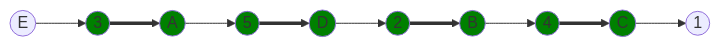
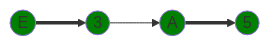
One commit to algos-ris-24-3/manual-tasks changed the seventh of 11 diagrams in Задание 8/Nyashki.md. Above: the diagram before and after it, drawn with Mermaid. The commit also changed other lines of this file, not shown here.

````diff
--- a/Задание 8/Nyashki.md
+++ b/Задание 8/Nyashki.md
@@ -292,25 +253,14 @@
 ```mermaid
 graph LR
     A((A))
-    B((B))
-    C((C))
-    D((D))
     E((E))
-    1((1))
-    2((2))
     3((3))
-    4((4))
     5((5))
     
-    E --> 3 ==> A --> 5 ==> D --> 2 ==> B --> 4 ==> C --> 1
+    E ==> 3 --> A ==> 5 
 
+    style A fill:#008000
+    style E fill:#008000
     style 3 fill:#008000
-    style A fill:#008000
     style 5 fill:#008000
-    style C fill:#008000
-    style 4 fill:#008000
-    style B fill:#008000
-    style 2 fill:#008000
-    style D fill:#008000
-
 ```
````
